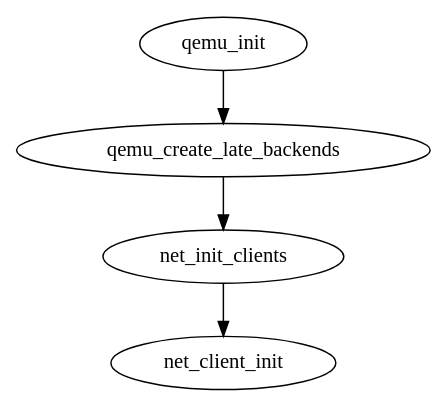
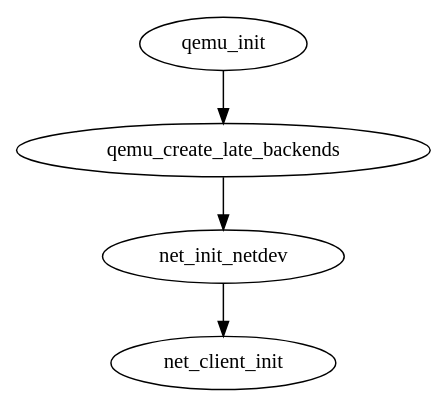
One commit to sisyphus1212/note changed the diagram in qemu/qemu vhost_user的初始化逻辑.md. Above: the diagram before and after it, drawn with Graphviz.

Commit message:
auto_update

````diff
--- a/qemu/qemu vhost_user的初始化逻辑.md
+++ b/qemu/qemu vhost_user的初始化逻辑.md
@@ -13,5 +13,5 @@
 ```graphviz
 digraph {
-qemu_init -> qemu_create_late_backends -> net_init_clients -> net_client_init
+qemu_init -> qemu_create_late_backends -> net_init_netdev -> net_client_init
 }
 ```
````
